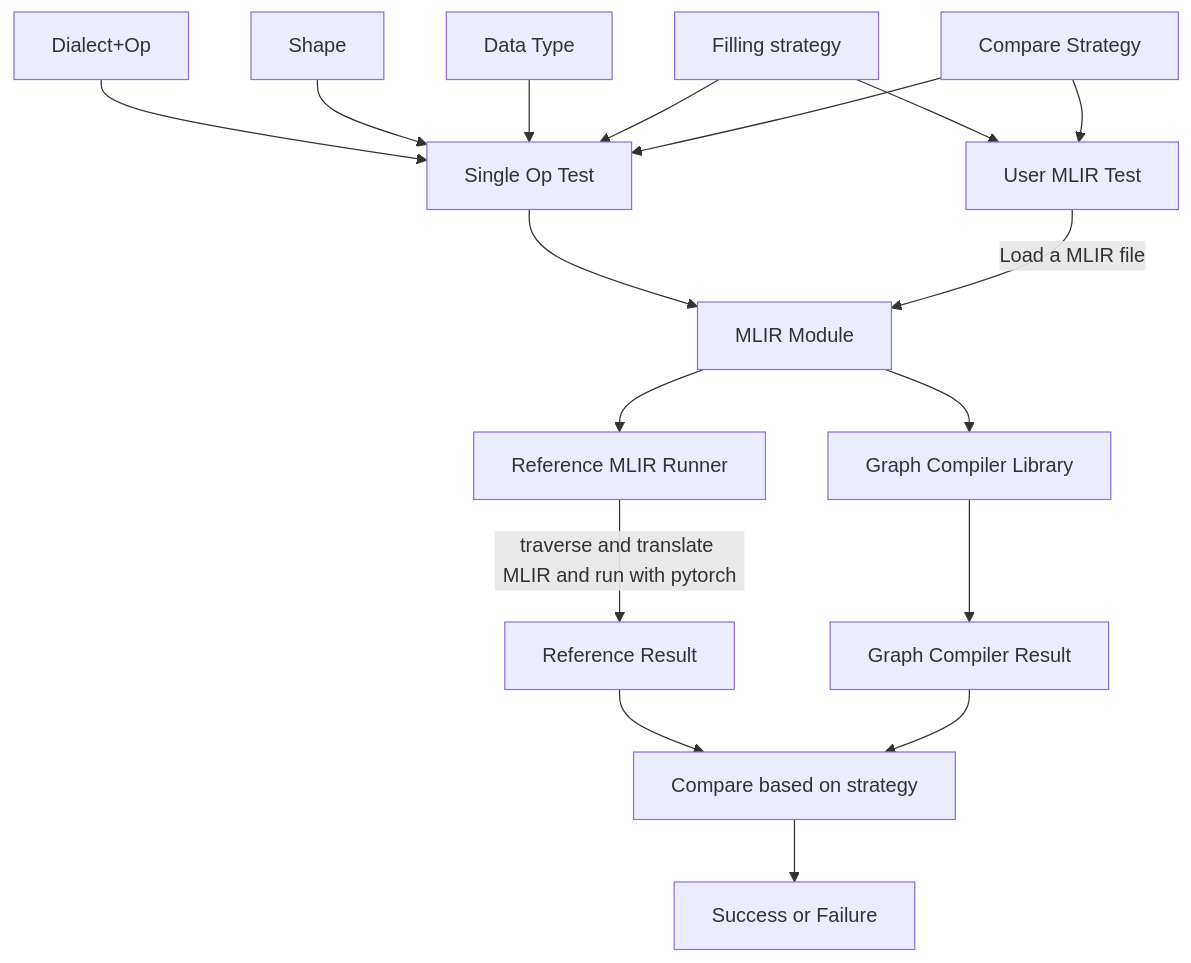
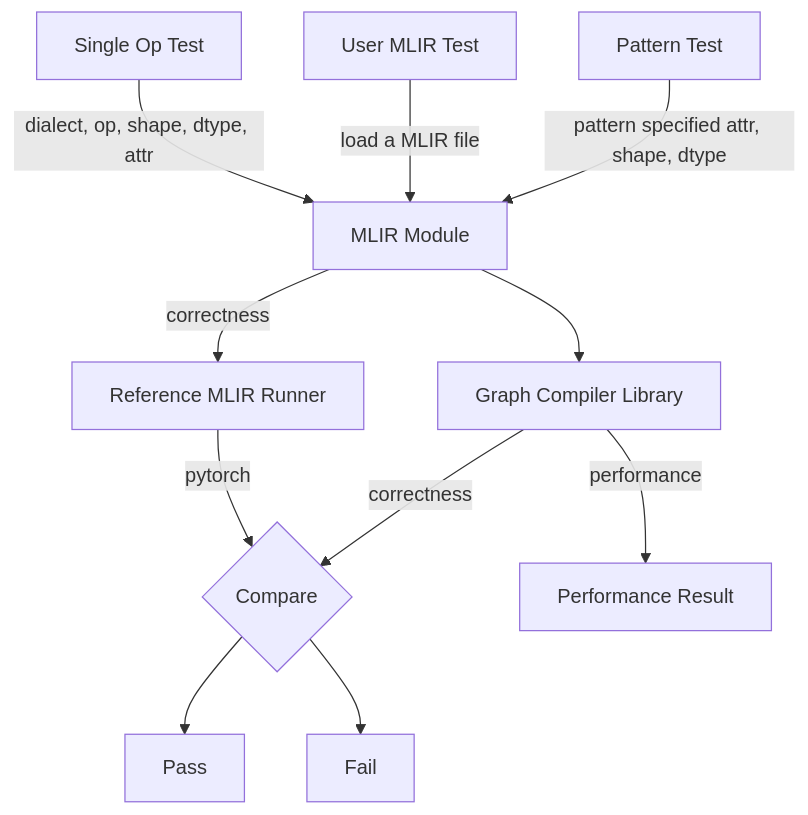
The diagram in docs/benchgc_overview.md (intel/graph-compiler), drawn with Mermaid before and after one commit. The commit also changed other lines of this file, not shown here.

````diff
--- a/docs/benchgc_overview.md
+++ b/docs/benchgc_overview.md
@@ -12,21 +20,13 @@
 ```mermaid
 flowchart TB
-  TEST_OP["Dialect+Op"] --> SINGLE_OP_TEST["Single Op Test"]
-  SHAPE["Shape"] --> SINGLE_OP_TEST["Single Op Test"]
-  DTYPE["Data Type"] --> SINGLE_OP_TEST["Single Op Test"]
-  FILLING["Filling strategy"] --> SINGLE_OP_TEST["Single Op Test"]
-  COMPARE["Compare Strategy"] --> SINGLE_OP_TEST["Single Op Test"]
-
-  FILLING["Filling strategy"] --> USER_MLIR_TEST["User MLIR Test"]
-  COMPARE["Compare Strategy"] --> USER_MLIR_TEST["User MLIR Test"]  
-
-  SINGLE_OP_TEST["Single Op Test"] --> MLIR_MODULE["MLIR Module"]
-  USER_MLIR_TEST["User MLIR Test"] -- Load a MLIR file --> MLIR_MODULE["MLIR Module"]
-  MLIR_MODULE["MLIR Module"] --> REF_MLIR_RUNNER["Reference MLIR Runner"]
+  SINGLE_OP_TEST["Single Op Test"] -- dialect, op, shape, dtype, attr --> MLIR_MODULE["MLIR Module"]
+  USER_MLIR_TEST["User MLIR Test"] -- load a MLIR file --> MLIR_MODULE["MLIR Module"]
+  PATTERN_TEST["Pattern Test"] -- pattern specified attr, shape, dtype --> MLIR_MODULE["MLIR Module"]
+  MLIR_MODULE["MLIR Module"] -- correctness --> REF_MLIR_RUNNER["Reference MLIR Runner"]
   MLIR_MODULE["MLIR Module"] --> GRAPH_COMPILER_LIBRARY["Graph Compiler Library"]
-  REF_MLIR_RUNNER["Reference MLIR Runner"] -- traverse and translate MLIR and run with pytorch --> REF_RESULT["Reference Result"]
-  GRAPH_COMPILER_LIBRARY["Graph Compiler Library"] --> GC_RESULT["Graph Compiler Result"]
-  REF_RESULT["Reference Result"] --> COMPARISON["Compare based on strategy"]
-  GC_RESULT["Graph Compiler Result"] --> COMPARISON["Compare based on strategy"]
-  COMPARISON["Compare based on strategy"] --> BENCH_RESULT["Success or Failure"]
+  REF_MLIR_RUNNER["Reference MLIR Runner"] -- pytorch --> COMPARISON{"Compare"}
+  GRAPH_COMPILER_LIBRARY["Graph Compiler Library"] -- correctness --> COMPARISON{"Compare"}
+  GRAPH_COMPILER_LIBRARY["Graph Compiler Library"] -- performance --> PERF_RESULT["Performance Result"]
+  COMPARISON{"Compare"} --> PASS["Pass"]
+  COMPARISON{"Compare"} --> FAIL["Fail"]
 ```
````
